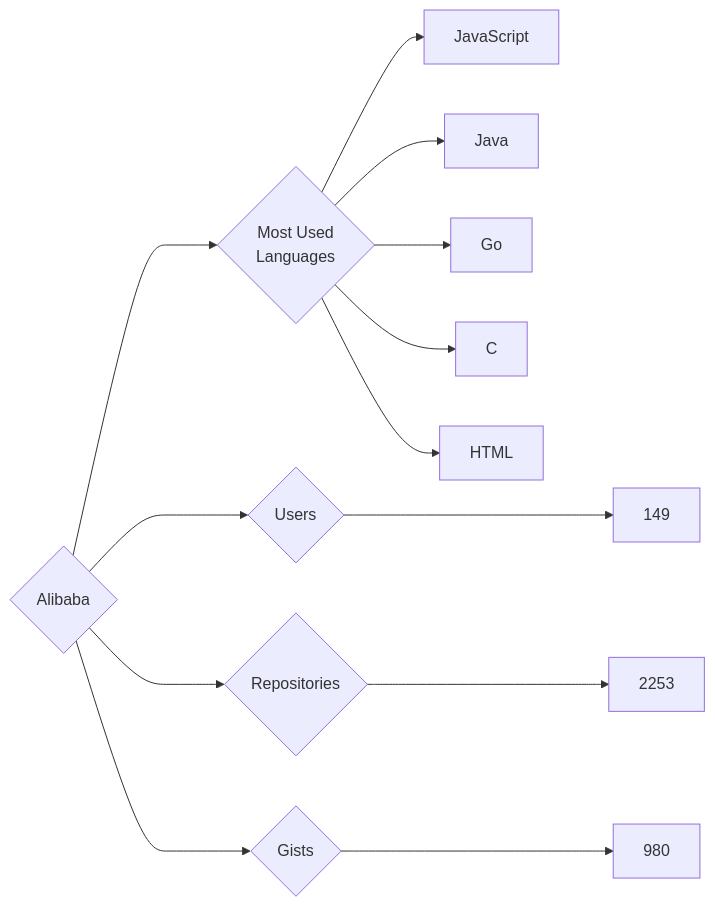
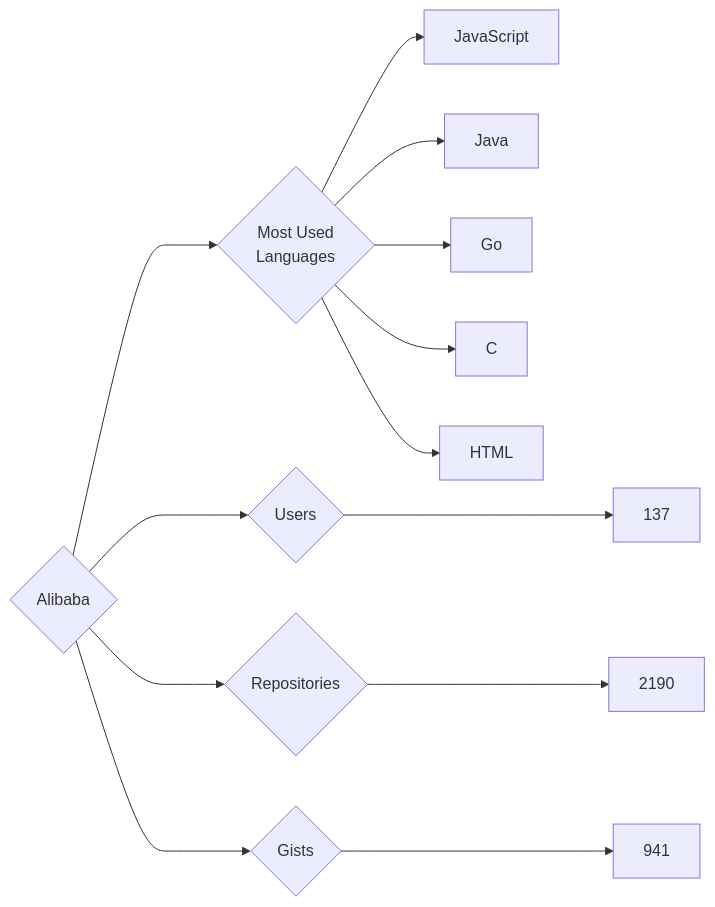
Before and after one commit to trickest/insiders: the diagram in targets/Alibaba/README.md, drawn with Mermaid. The commit also changed 699 other files, not shown here.

````diff
--- a/targets/Alibaba/README.md
+++ b/targets/Alibaba/README.md
@@ -3,13 +3,13 @@
 ```mermaid
 graph LR
 COMPANY_NAME{Alibaba}
-COMPANY_NAME ---> U{Users} ---> UN[149]
-COMPANY_NAME ---> R{Repositories} ---> RN[2253]
-COMPANY_NAME ---> G{Gists} ---> GN[980]
+COMPANY_NAME ---> U{Users} ---> UN[137]
+COMPANY_NAME ---> R{Repositories} ---> RN[2190]
+COMPANY_NAME ---> G{Gists} ---> GN[941]
 COMPANY_NAME ---> ML{Most Used<br>Languages}
 ML --> JavaScript[JavaScript]
 ML --> Java[Java]
 ML --> Go[Go]
 ML --> C[C]
 ML --> HTML[HTML]
 ```
````
